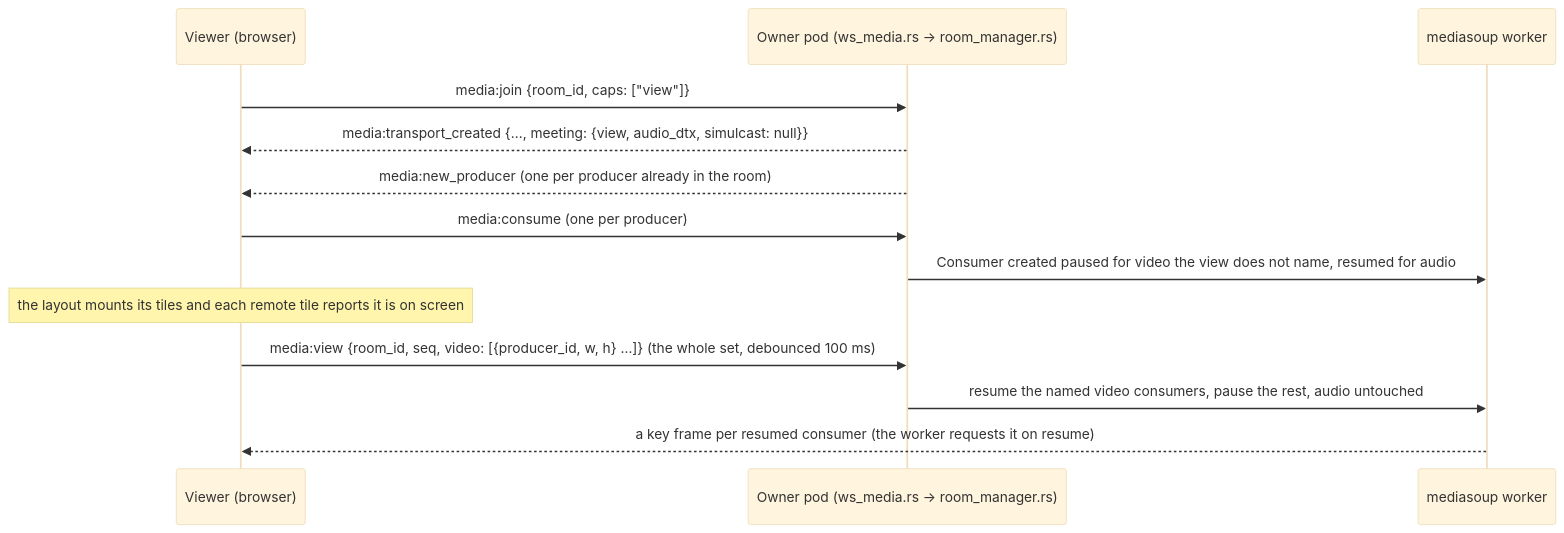
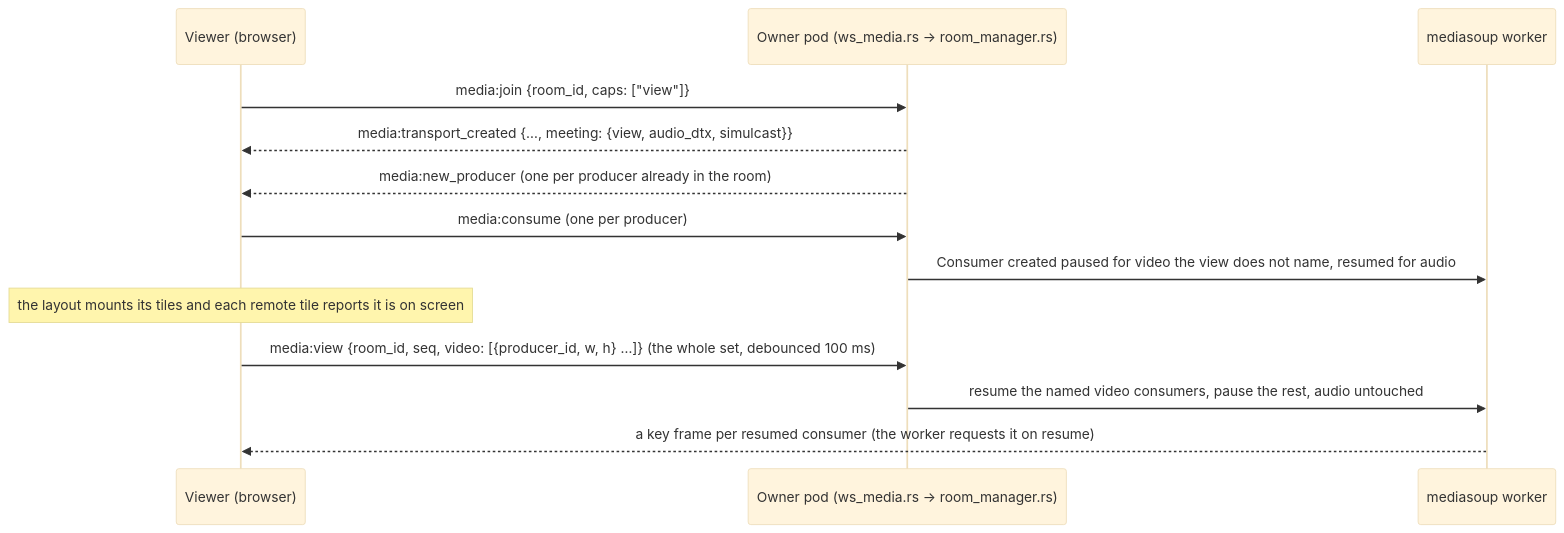
The second of 6 diagrams in docs/real-time.md (gjovanov/roomler-ai), drawn with Mermaid (base theme) before and after one commit. The commit also changed other lines of this file and 30 other files, not shown here.

````diff
--- a/docs/real-time.md
+++ b/docs/real-time.md
@@ -90,16 +90,16 @@
 ```mermaid
 sequenceDiagram
     participant V as Viewer (browser)
     participant S as Owner pod (ws_media.rs → room_manager.rs)
     participant W as mediasoup worker
 
     V->>S: media:join {room_id, caps: ["view"]}
-    S-->>V: media:transport_created {…, meeting: {view, audio_dtx, simulcast: null}}
+    S-->>V: media:transport_created {…, meeting: {view, audio_dtx, simulcast}}
     S-->>V: media:new_producer (one per producer already in the room)
     V->>S: media:consume (one per producer)
     S->>W: Consumer created paused for video the view does not name, resumed for audio
     Note over V: the layout mounts its tiles and each remote tile reports it is on screen
     V->>S: media:view {room_id, seq, video: [{producer_id, w, h} …]} (the whole set, debounced 100 ms)
     S->>W: resume the named video consumers, pause the rest, audio untouched
     W-->>V: a key frame per resumed consumer (the worker requests it on resume)
 ```
````
